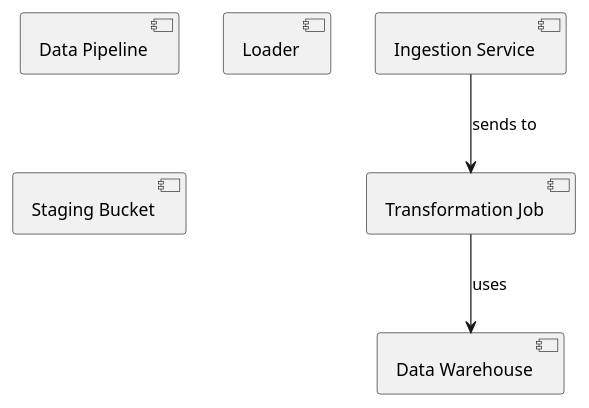
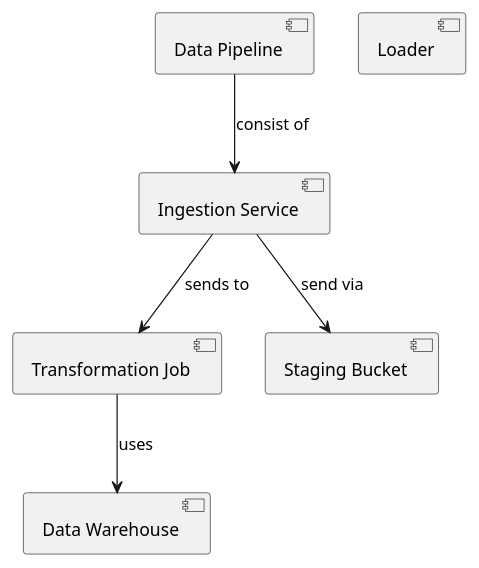
The diagram in user_stories/output_puml/component/component_Structural_Case_35.puml (qamaruddin-qureshi/fyp-uml-diagram-generator), drawn with PlantUML before and after one commit. The commit also changed 22 other files, not shown here.

First line of the commit message:
feat: Enhance component diagram extraction with robust NLP and model optimization

```diff
--- a/user_stories/output_puml/component/component_Structural_Case_35.puml
+++ b/user_stories/output_puml/component/component_Structural_Case_35.puml
@@ -1,11 +1,13 @@
 @startuml
 skinparam componentStyle uml2
 component "Data Pipeline" as DataPipeline
 component "Ingestion Service" as IngestionService
 component "Transformation Job" as TransformationJob
 component "Loader" as Loader
 component "Staging Bucket" as StagingBucket
 component "Data Warehouse" as DataWarehouse
 IngestionService --> TransformationJob : sends to
 TransformationJob --> DataWarehouse : uses
+DataPipeline --> IngestionService : consist of
+IngestionService --> StagingBucket : send via
 @enduml
```
